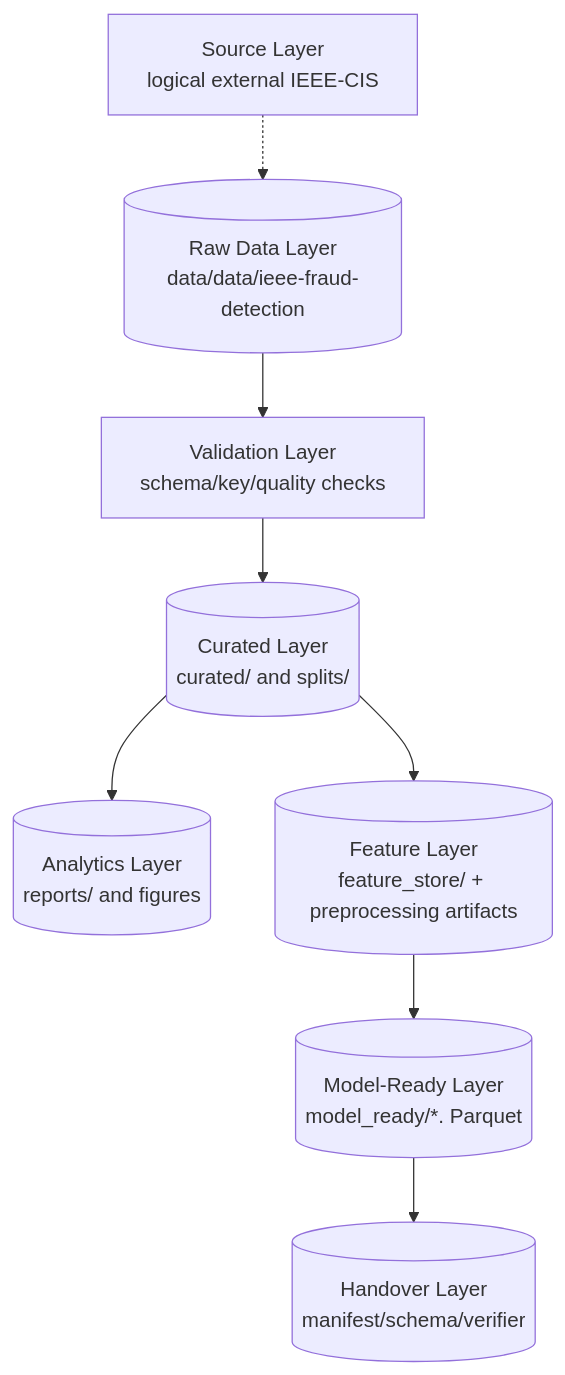
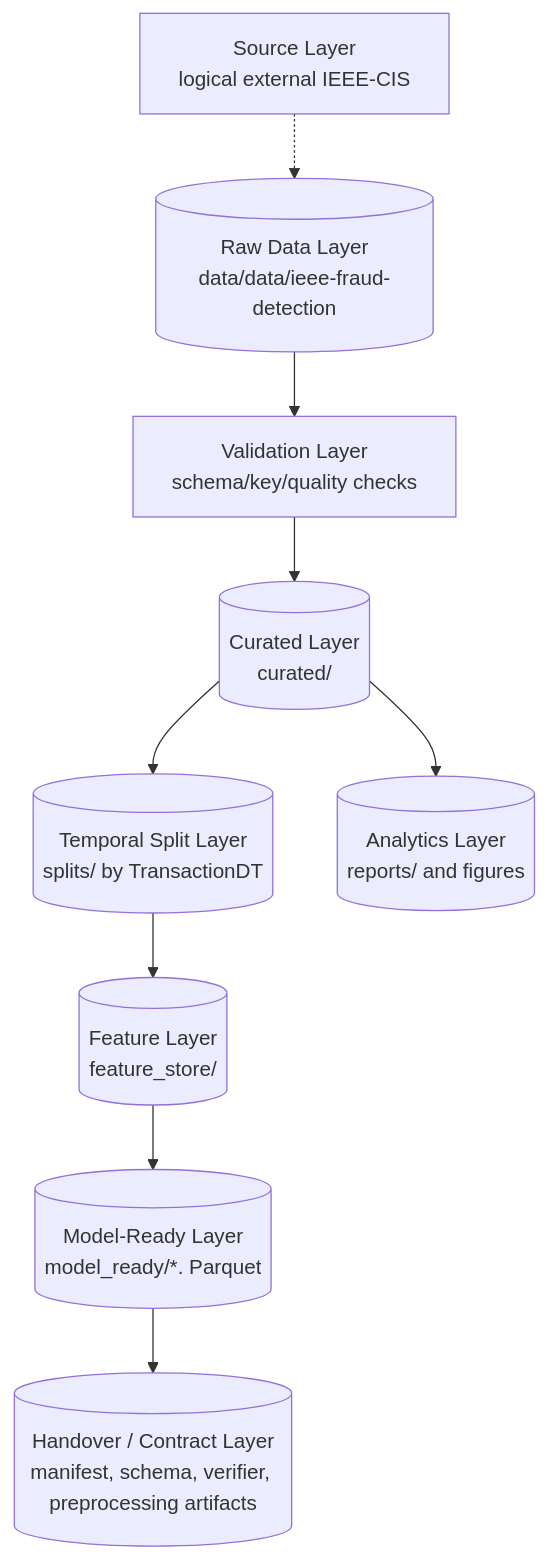
One commit to RocketUp-Team/Fraud-Detection-Score-Risk changed the second of 8 diagrams in docs/AN_FINAL_ARCHITECTURE_DIAGRAMS.md. Above: the diagram before and after it, drawn with Mermaid. The commit also changed other lines of this file and 12 other files, not shown here.

````diff
--- a/docs/AN_FINAL_ARCHITECTURE_DIAGRAMS.md
+++ b/docs/AN_FINAL_ARCHITECTURE_DIAGRAMS.md
@@ -42,9 +42,10 @@
 ```mermaid
 flowchart TB
   S["Source Layer\nlogical external IEEE-CIS"] -.-> R[("Raw Data Layer\ndata/data/ieee-fraud-detection")]
-  R --> V["Validation Layer\nschema/key/quality checks"] --> C[("Curated Layer\ncurated/ and splits/")]
+  R --> V["Validation Layer\nschema/key/quality checks"] --> C[("Curated Layer\ncurated/")]
+  C --> T[("Temporal Split Layer\nsplits/ by TransactionDT")]
   C --> A[("Analytics Layer\nreports/ and figures")]
-  C --> F[("Feature Layer\nfeature_store/ + preprocessing artifacts")]
+  T --> F[("Feature Layer\nfeature_store/")]
   F --> M[("Model-Ready Layer\nmodel_ready/*. Parquet")]
-  M --> H[("Handover Layer\nmanifest/schema/verifier")]
+  M --> H[("Handover / Contract Layer\nmanifest, schema, verifier, preprocessing artifacts")]
 ```
````
